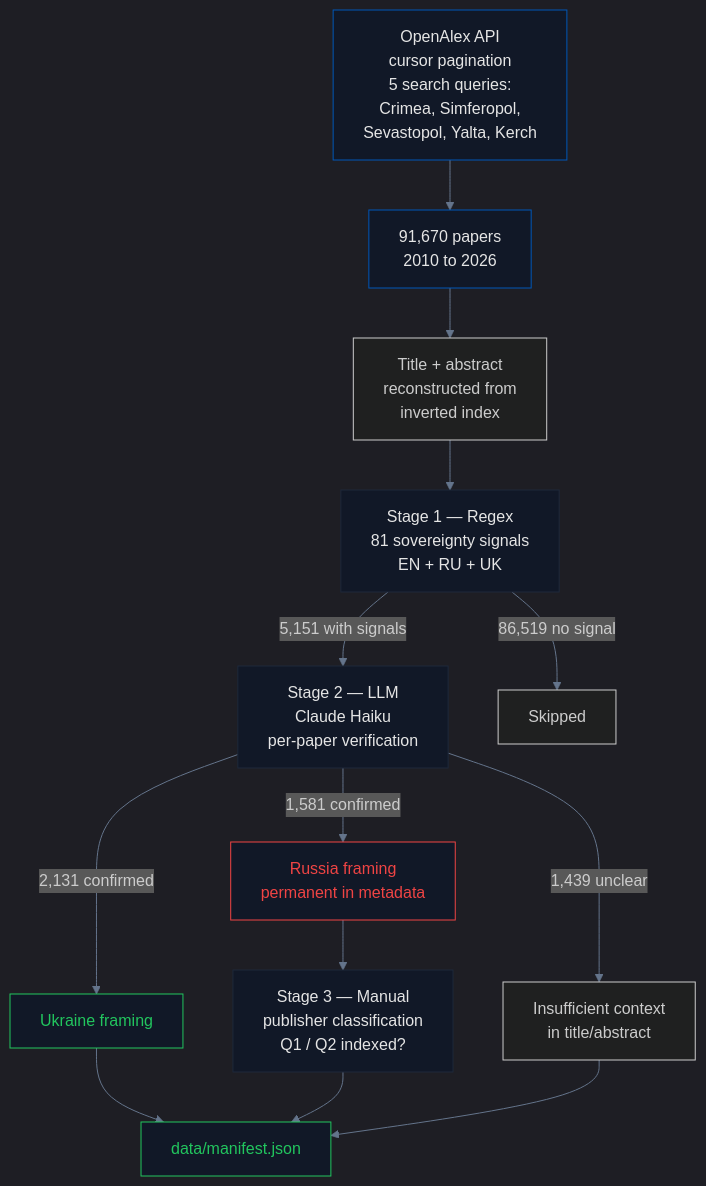
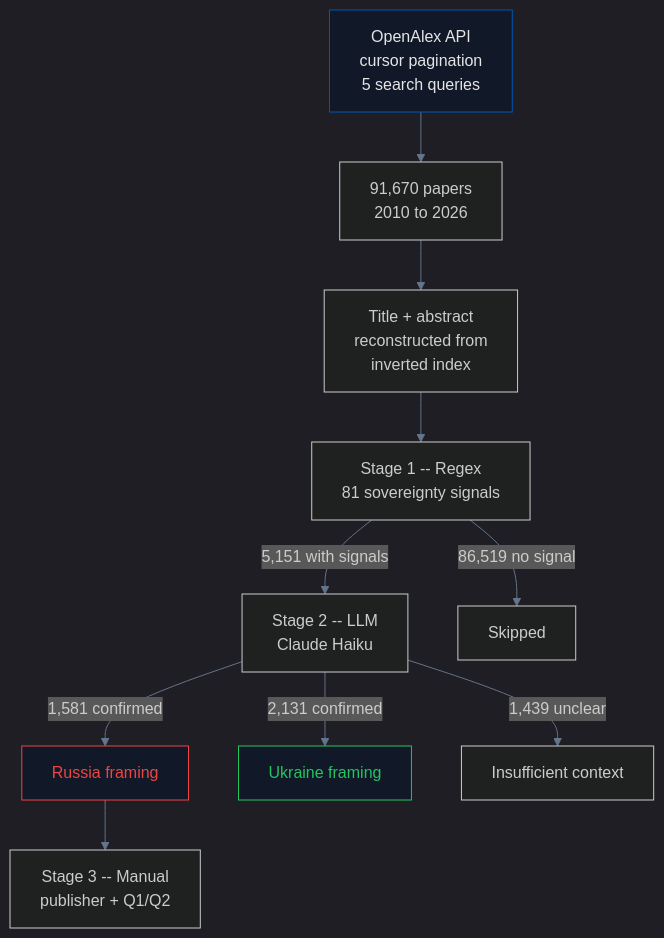
One commit to IvanDobrovolsky/crimeaisukraine changed the diagram in pipelines/academic/README.md. Above: the diagram before and after it, drawn with Mermaid. The commit also changed other lines of this file and 53 other files, not shown here.

````diff
--- a/pipelines/academic/README.md
+++ b/pipelines/academic/README.md
@@ -69,25 +9,17 @@
 ```mermaid
 %%{init: {'theme': 'dark', 'themeVariables': {'primaryColor': '#0057b7', 'primaryTextColor': '#e5e5e5', 'lineColor': '#64748b', 'primaryBorderColor': '#1e293b'}}}%%
 graph TB
-    A["OpenAlex API<br/>cursor pagination<br/>5 search queries:<br/>Crimea, Simferopol,<br/>Sevastopol, Yalta, Kerch"] --> B["91,670 papers<br/>2010 to 2026"]
+    A["OpenAlex API<br/>cursor pagination<br/>5 search queries"] --> B["91,670 papers<br/>2010 to 2026"]
     B --> C["Title + abstract<br/>reconstructed from<br/>inverted index"]
-    C --> D["Stage 1 — Regex<br/>81 sovereignty signals<br/>EN + RU + UK"]
-    D -->|"5,151 with signals"| E["Stage 2 — LLM<br/>Claude Haiku<br/>per-paper verification"]
+    C --> D["Stage 1 -- Regex<br/>81 sovereignty signals"]
+    D -->|"5,151 with signals"| E["Stage 2 -- LLM<br/>Claude Haiku"]
     D -->|"86,519 no signal"| Z["Skipped"]
-    E -->|"1,581 confirmed"| F["Russia framing<br/>permanent in metadata"]
+    E -->|"1,581 confirmed"| F["Russia framing"]
     E -->|"2,131 confirmed"| G["Ukraine framing"]
-    E -->|"1,439 unclear"| H["Insufficient context<br/>in title/abstract"]
-    F --> I["Stage 3 — Manual<br/>publisher classification<br/>Q1 / Q2 indexed?"]
-    G --> J["data/manifest.json"]
-    I --> J
-    H --> J
+    E -->|"1,439 unclear"| H["Insufficient context"]
+    F --> I["Stage 3 -- Manual<br/>publisher + Q1/Q2"]
 
     style A fill:#111827,stroke:#0057b7,color:#e5e5e5
-    style B fill:#111827,stroke:#0057b7,color:#e5e5e5
-    style D fill:#111827,stroke:#1e293b,color:#e5e5e5
-    style E fill:#111827,stroke:#1e293b,color:#e5e5e5
     style F fill:#111827,stroke:#ef4444,color:#ef4444
     style G fill:#111827,stroke:#22c55e,color:#22c55e
-    style I fill:#111827,stroke:#1e293b,color:#e5e5e5
-    style J fill:#111827,stroke:#22c55e,color:#22c55e
 ```
````
